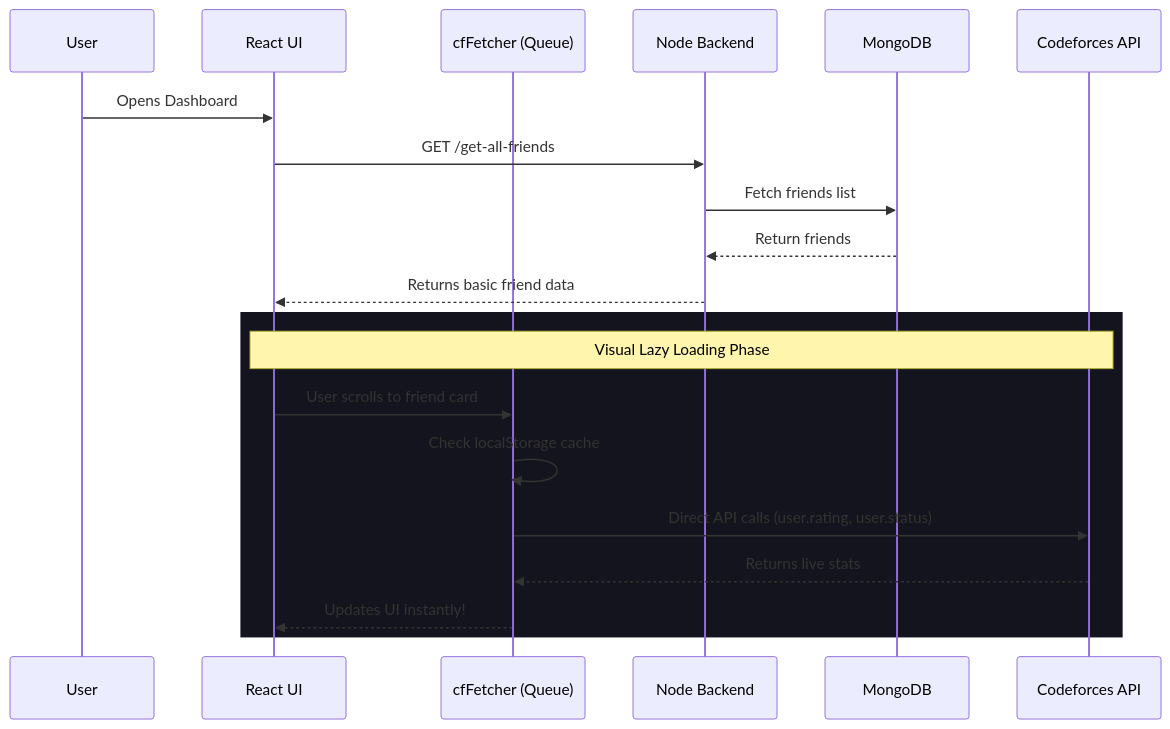
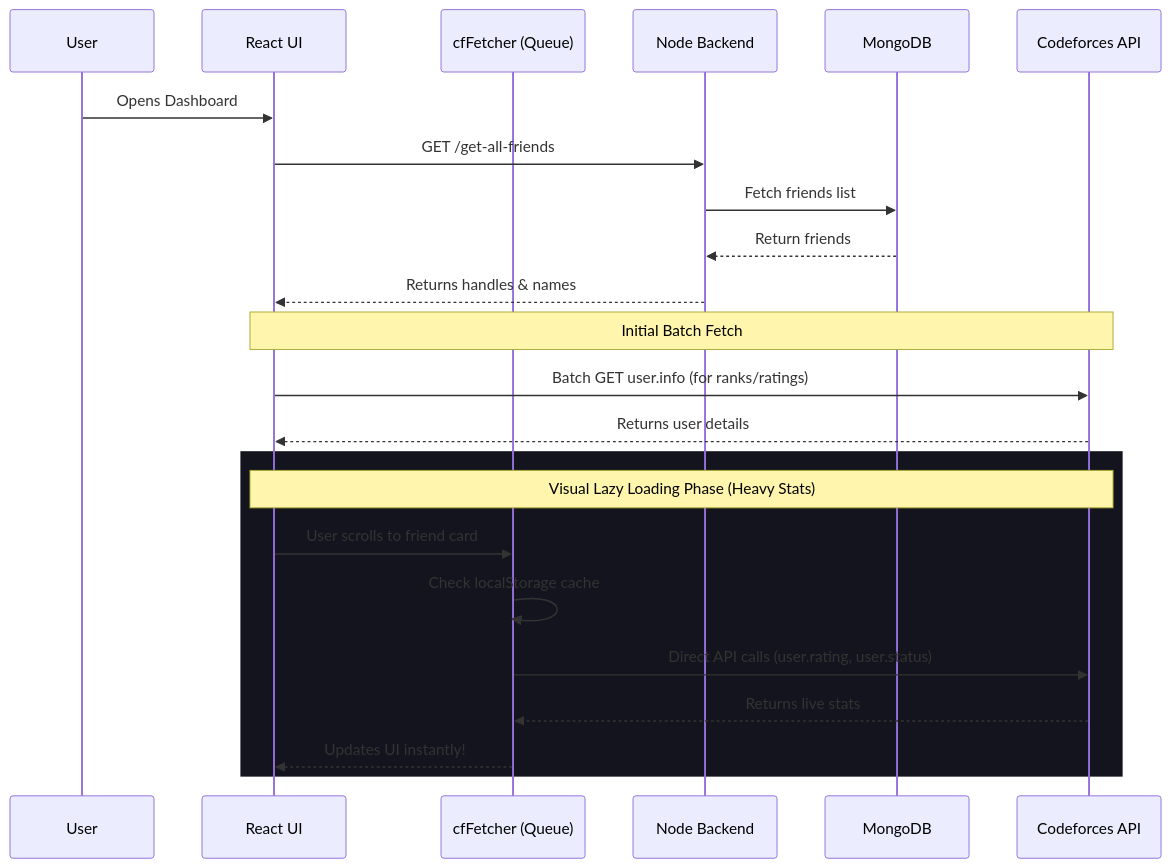
Before and after one commit to jarchit27/CodeSphere: the diagram in README.md, drawn with Mermaid.

Commit message:
readme update

````diff
--- a/README.md
+++ b/README.md
@@ -32,24 +32,28 @@
 ```mermaid
 sequenceDiagram
     participant User
     participant React UI
     participant cfFetcher (Queue)
     participant Node Backend
     participant MongoDB
     participant Codeforces API
 
     User->>React UI: Opens Dashboard
     React UI->>Node Backend: GET /get-all-friends
     Node Backend->>MongoDB: Fetch friends list
     MongoDB-->>Node Backend: Return friends
-    Node Backend-->>React UI: Returns basic friend data
+    Node Backend-->>React UI: Returns handles & names
+    
+    Note over React UI, Codeforces API: Initial Batch Fetch
+    React UI->>Codeforces API: Batch GET user.info (for ranks/ratings)
+    Codeforces API-->>React UI: Returns user details
     
     rect rgb(20, 20, 30)
-    Note over React UI, Codeforces API: Visual Lazy Loading Phase
+    Note over React UI, Codeforces API: Visual Lazy Loading Phase (Heavy Stats)
     React UI->>cfFetcher (Queue): User scrolls to friend card
     cfFetcher (Queue)->>cfFetcher (Queue): Check localStorage cache
     cfFetcher (Queue)->>Codeforces API: Direct API calls (user.rating, user.status)
     Codeforces API-->>cfFetcher (Queue): Returns live stats
     cfFetcher (Queue)-->>React UI: Updates UI instantly!
     end
 ```
````
